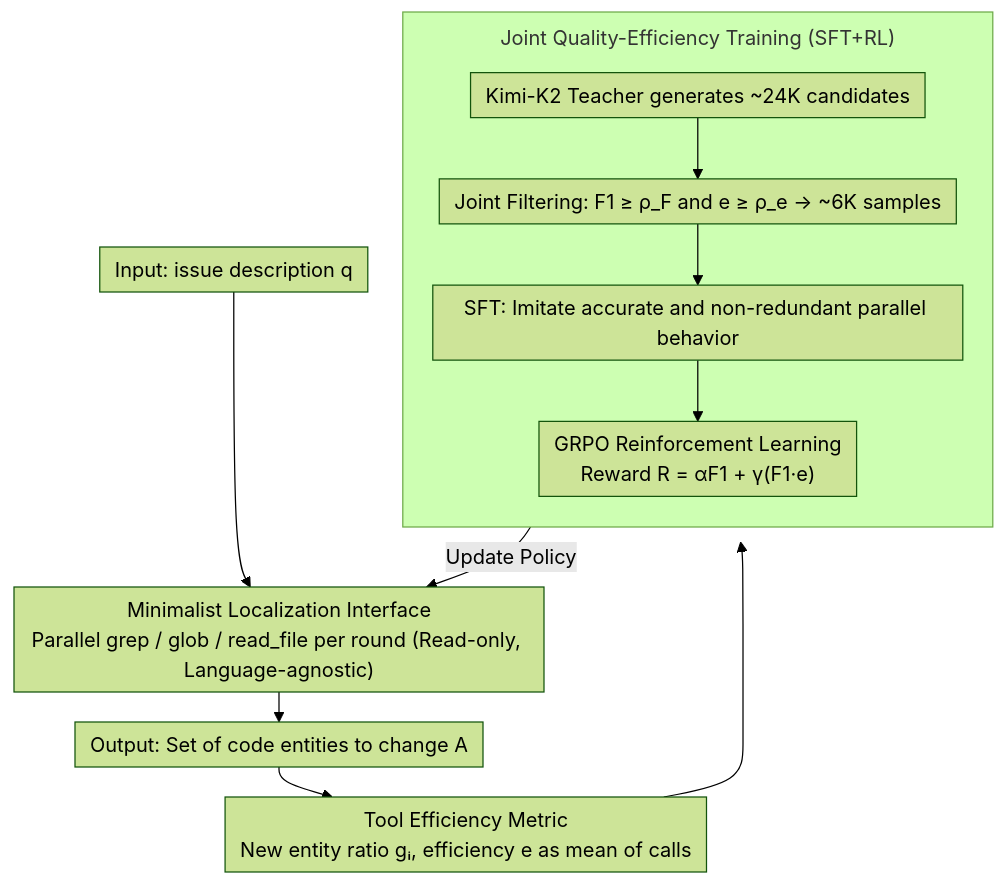
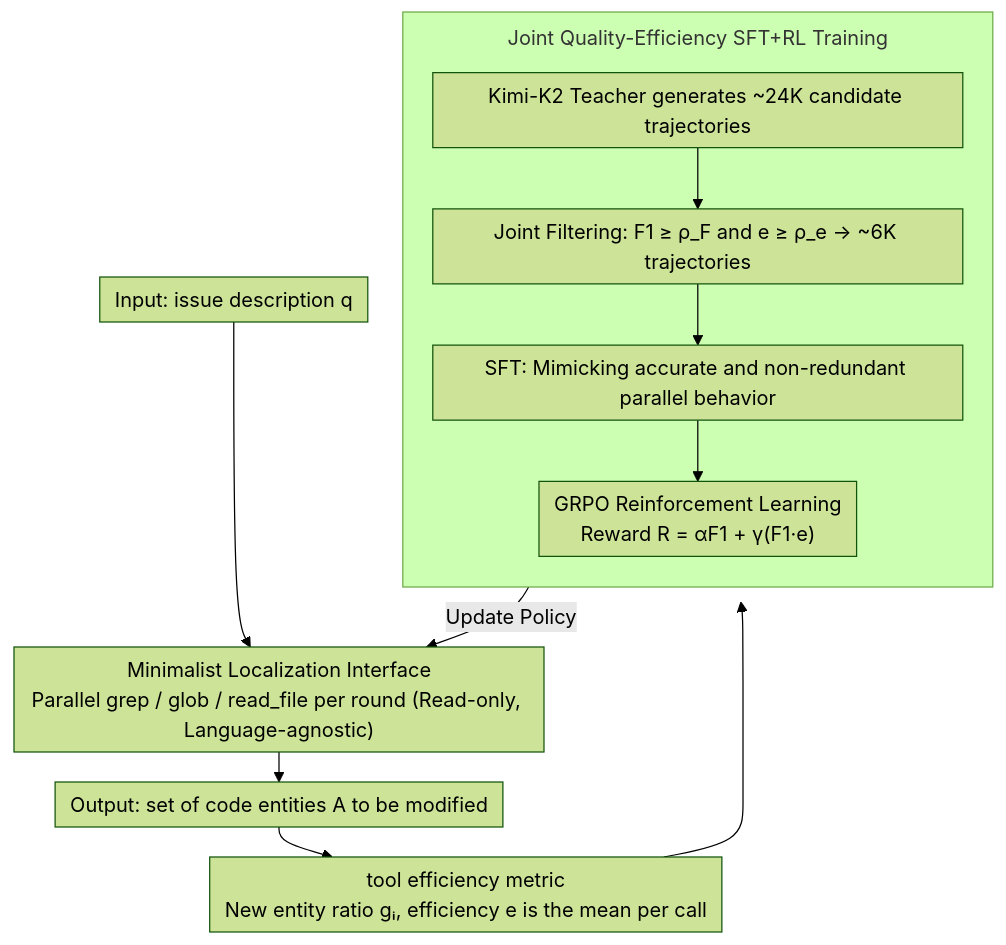
Before and after one commit to zhaoyang97/Paper-Notes-en: the diagram in docs/ACL2026/code_intelligence/learning_adaptive_parallel_execution_for_efficient_code_localization.md, drawn with Mermaid (forest theme). The commit also changed other lines of this file and 5084 other files, not shown here.

````diff
--- a/docs/ACL2026/code_intelligence/learning_adaptive_parallel_execution_for_efficient_code_localization.md
+++ b/docs/ACL2026/code_intelligence/learning_adaptive_parallel_execution_for_efficient_code_localization.md
@@ -46,15 +46,15 @@
 ```mermaid
 %%{init: {'flowchart': {'rankSpacing': 24, 'nodeSpacing': 28, 'padding': 6, 'wrappingWidth': 400, 'subGraphTitleMargin': {'top': 8, 'bottom': 16}}}}%%
 flowchart TD
     Q["Input: issue description q"] --> AGENT["Minimalist Localization Interface<br/>Parallel grep / glob / read_file per round (Read-only, Language-agnostic)"]
-    AGENT --> ENT["Output: Set of code entities to change A"]
-    ENT --> EFF["Tool Efficiency Metric<br/>New entity ratio gᵢ, efficiency e as mean of calls"]
-    subgraph TRAIN["Joint Quality-Efficiency Training (SFT+RL)"]
+    AGENT --> ENT["Output: set of code entities A to be modified"]
+    ENT --> EFF["tool efficiency metric<br/>New entity ratio gᵢ, efficiency e is the mean per call"]
+    subgraph TRAIN["Joint Quality-Efficiency SFT+RL Training"]
         direction TB
-        TEA["Kimi-K2 Teacher generates ~24K candidates"] --> FIL["Joint Filtering: F1 ≥ ρ_F and e ≥ ρ_e → ~6K samples"]
-        FIL --> SFT["SFT: Imitate accurate and non-redundant parallel behavior"]
+        TEA["Kimi-K2 Teacher generates ~24K candidate trajectories"] --> FIL["Joint Filtering: F1 ≥ ρ_F and e ≥ ρ_e → ~6K trajectories"]
+        FIL --> SFT["SFT: Mimicking accurate and non-redundant parallel behavior"]
         SFT --> RL["GRPO Reinforcement Learning<br/>Reward R = αF1 + γ(F1·e)"]
     end
     EFF --> TRAIN
     RL -->|Update Policy| AGENT
 ```
````
